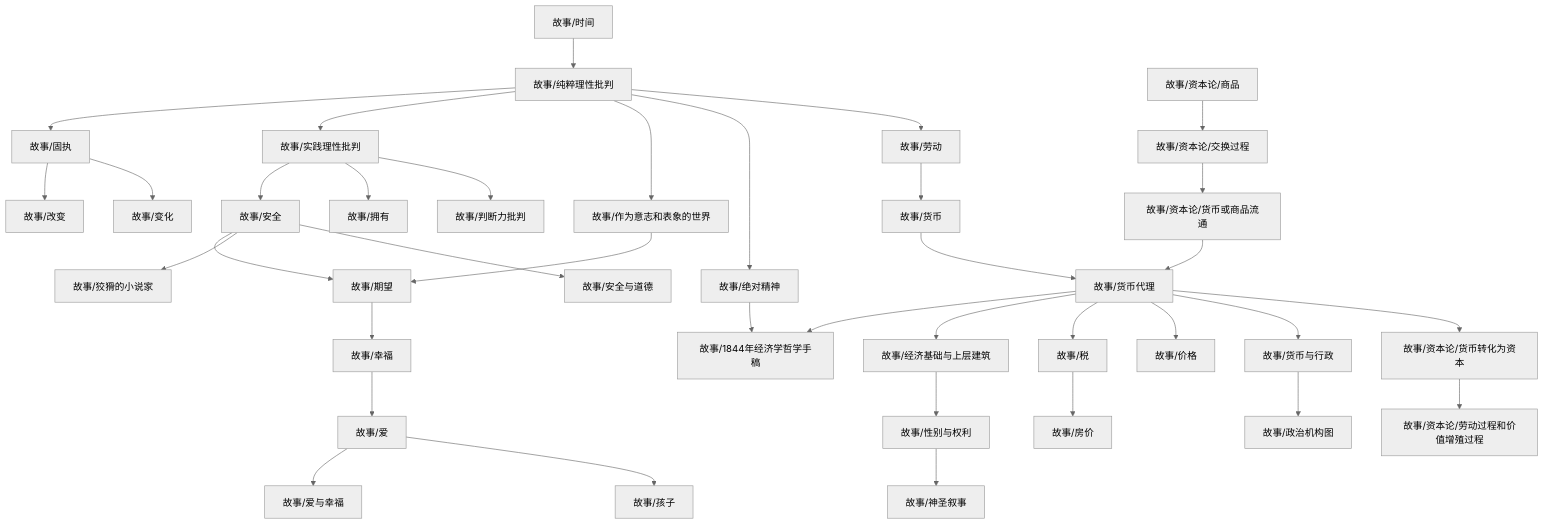
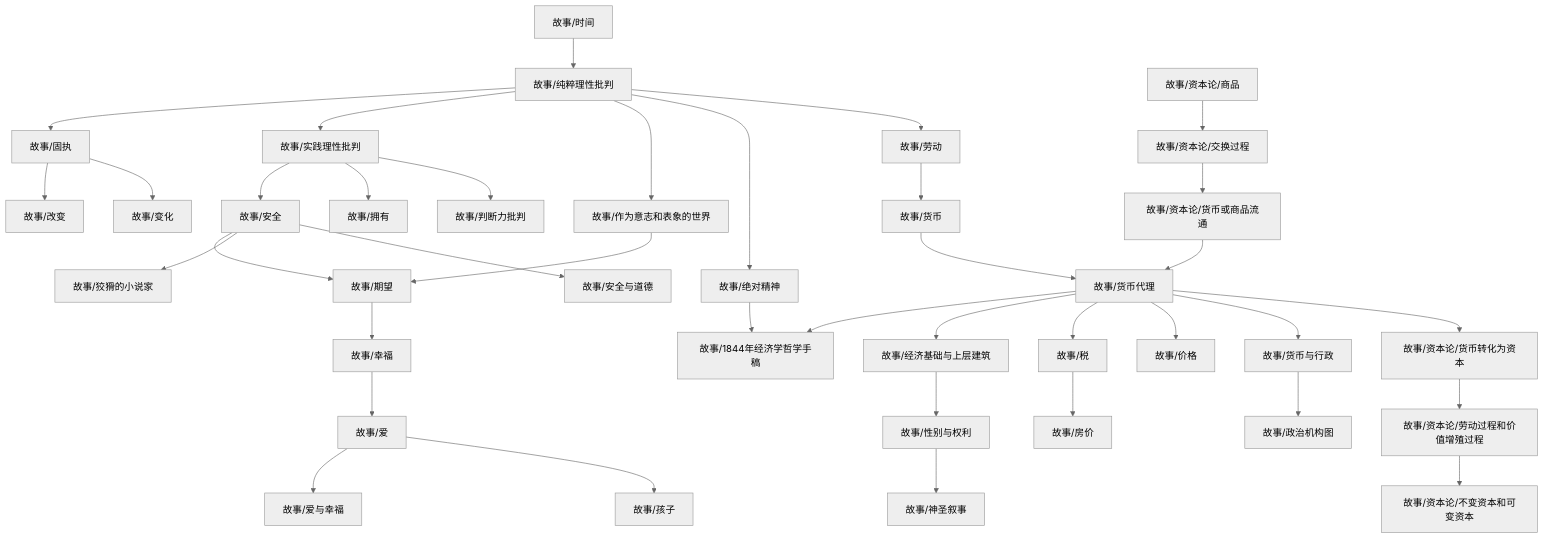
One commit to zengls3186428803/zengls3186428803.github.io changed the diagram in content/故事/dependency_graph.md. Above: the diagram before and after it, drawn with Mermaid (neutral theme). The commit also changed 2 other files, not shown here.

````diff
--- a/content/故事/dependency_graph.md
+++ b/content/故事/dependency_graph.md
@@ -1,39 +1,40 @@
 ```mermaid
 graph TD
 1["故事/纯粹理性批判"] --> 0["故事/固执"]
 3["故事/经济基础与上层建筑"] --> 2["故事/性别与权利"]
 0["故事/固执"] --> 4["故事/改变"]
 6["故事/货币代理"] --> 5["故事/1844年经济学哲学手稿"]
 7["故事/绝对精神"] --> 5["故事/1844年经济学哲学手稿"]
 9["故事/作为意志和表象的世界"] --> 8["故事/期望"]
 10["故事/安全"] --> 8["故事/期望"]
 10["故事/安全"] --> 11["故事/狡猾的小说家"]
 1["故事/纯粹理性批判"] --> 12["故事/实践理性批判"]
 13["故事/时间"] --> 1["故事/纯粹理性批判"]
 12["故事/实践理性批判"] --> 10["故事/安全"]
 6["故事/货币代理"] --> 3["故事/经济基础与上层建筑"]
 12["故事/实践理性批判"] --> 14["故事/拥有"]
 6["故事/货币代理"] --> 15["故事/税"]
 15["故事/税"] --> 16["故事/房价"]
 18["故事/货币与行政"] --> 17["故事/政治机构图"]
 0["故事/固执"] --> 19["故事/变化"]
 21["故事/幸福"] --> 20["故事/爱"]
 6["故事/货币代理"] --> 22["故事/价格"]
 23["故事/货币"] --> 6["故事/货币代理"]
 24["故事/资本论/货币或商品流通"] --> 6["故事/货币代理"]
 1["故事/纯粹理性批判"] --> 9["故事/作为意志和表象的世界"]
 1["故事/纯粹理性批判"] --> 7["故事/绝对精神"]
 6["故事/货币代理"] --> 18["故事/货币与行政"]
 10["故事/安全"] --> 26["故事/安全与道德"]
 2["故事/性别与权利"] --> 27["故事/神圣叙事"]
 20["故事/爱"] --> 28["故事/爱与幸福"]
 29["故事/劳动"] --> 23["故事/货币"]
 20["故事/爱"] --> 30["故事/孩子"]
 1["故事/纯粹理性批判"] --> 29["故事/劳动"]
 12["故事/实践理性批判"] --> 31["故事/判断力批判"]
 8["故事/期望"] --> 21["故事/幸福"]
 32["故事/资本论/交换过程"] --> 24["故事/资本论/货币或商品流通"]
 34["故事/资本论/货币转化为资本"] --> 33["故事/资本论/劳动过程和价值增殖过程"]
+33["故事/资本论/劳动过程和价值增殖过程"] --> 35["故事/资本论/不变资本和可变资本"]
 6["故事/货币代理"] --> 34["故事/资本论/货币转化为资本"]
-35["故事/资本论/商品"] --> 32["故事/资本论/交换过程"]
+36["故事/资本论/商品"] --> 32["故事/资本论/交换过程"]
 ```
````
